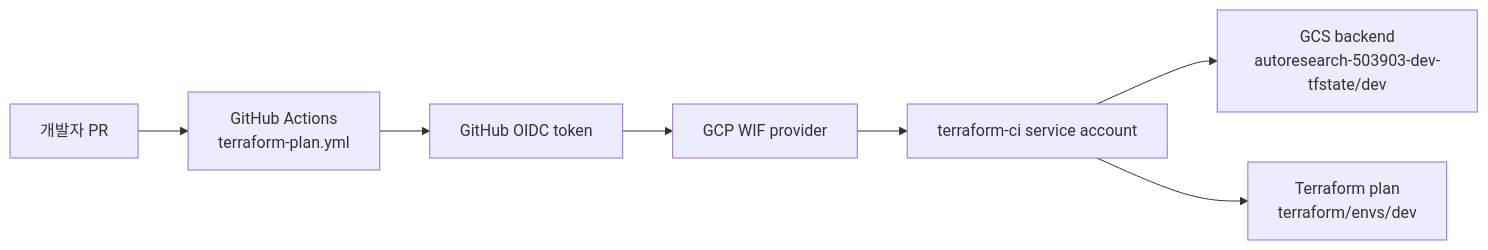
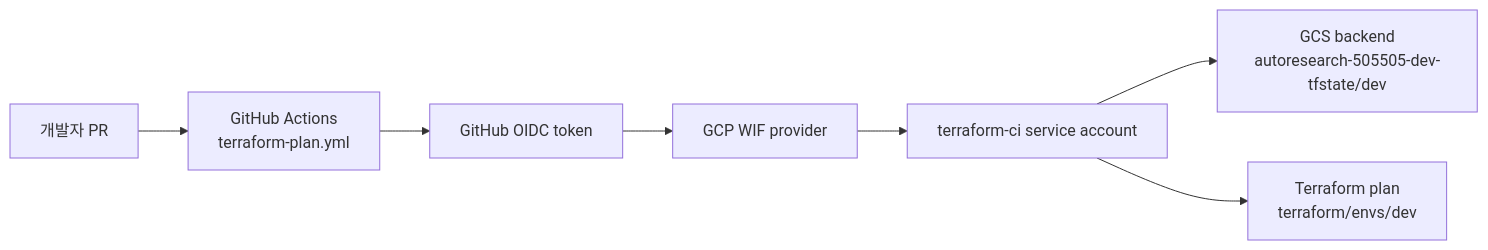
The third of 9 diagrams in docs/INFRASTRUCTURE_SUMMARY.md (SKYAHO/Autoresearch-infra), drawn with Mermaid before and after one commit. The commit also changed other lines of this file and 31 other files, not shown here.

````diff
--- a/docs/INFRASTRUCTURE_SUMMARY.md
+++ b/docs/INFRASTRUCTURE_SUMMARY.md
@@ -314,14 +314,14 @@
 ```mermaid
 flowchart LR
     dev["개발자 PR"]
     actions["GitHub Actions<br/>terraform-plan.yml"]
     oidc["GitHub OIDC token"]
     wif["GCP WIF provider"]
     cisa["terraform-ci service account"]
-    state["GCS backend<br/>autoresearch-503903-dev-tfstate/dev"]
+    state["GCS backend<br/>autoresearch-505505-dev-tfstate/dev"]
     plan["Terraform plan<br/>terraform/envs/dev"]
 
     dev --> actions --> oidc --> wif --> cisa
     cisa --> state
     cisa --> plan
 ```
````
